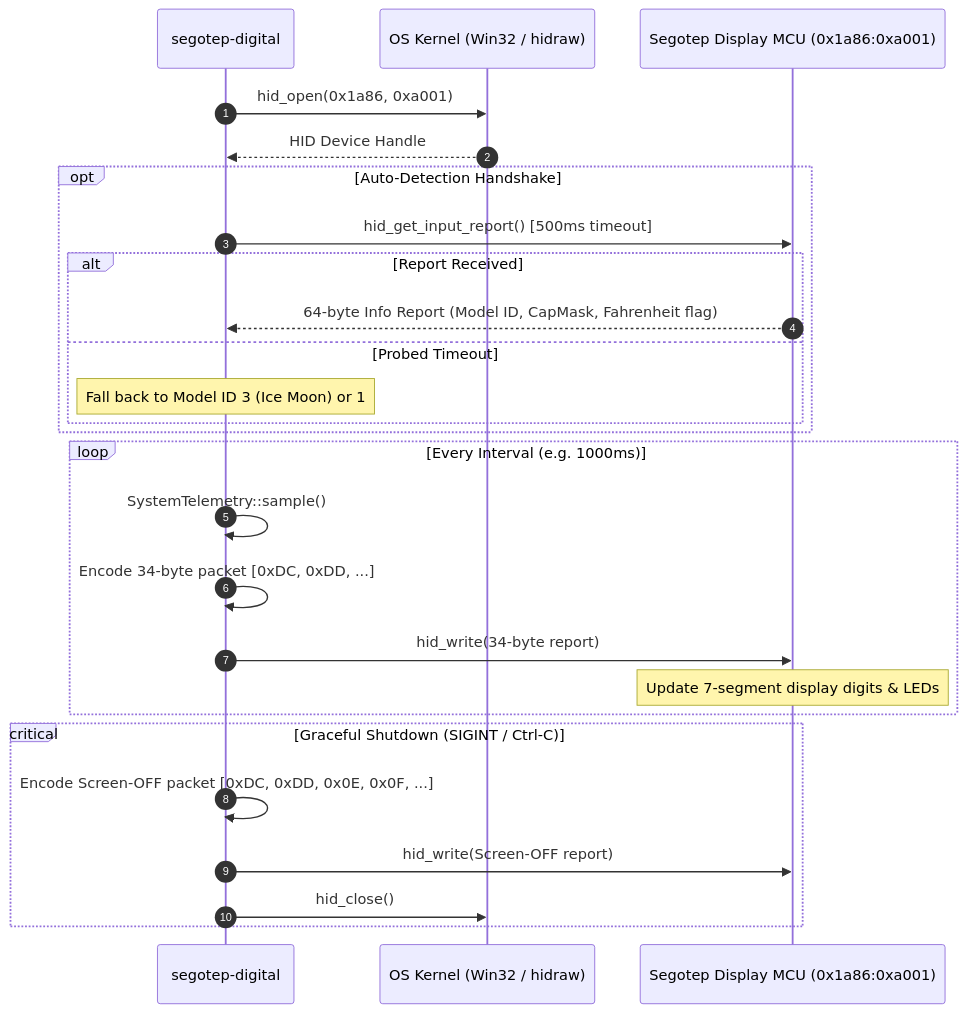
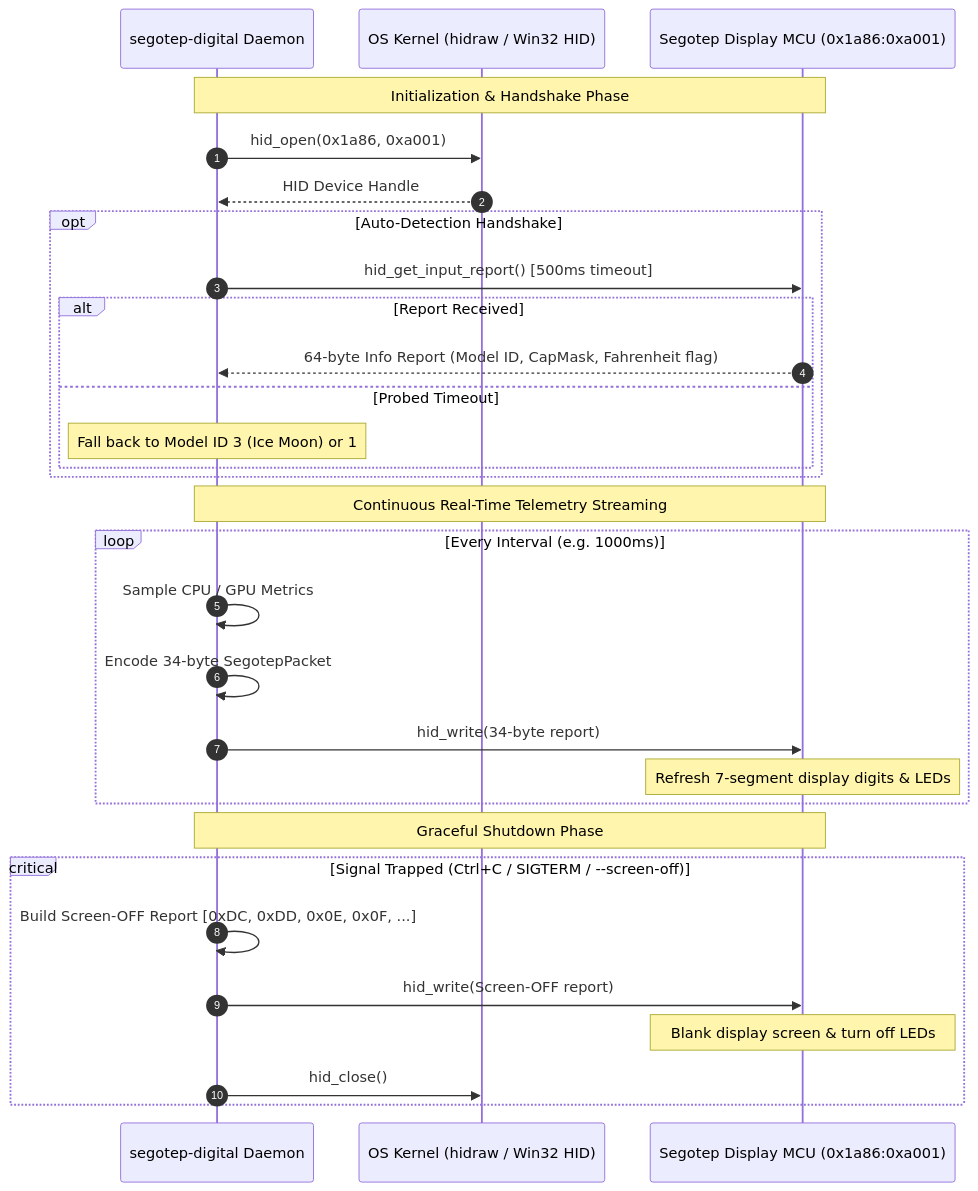
The third of 6 diagrams in ARCHITECTURE.md (Delnegend/segotep-digital), drawn with Mermaid before and after one commit. The commit also changed other lines of this file, not shown here.

Commit message:
docs: enrich ARCHITECTURE.md diagrams with detailed text descriptions

````diff
--- a/ARCHITECTURE.md
+++ b/ARCHITECTURE.md
@@ -69,32 +83,36 @@
 ```mermaid
 sequenceDiagram
     autonumber
-    participant App as segotep-digital
-    participant OS as OS Kernel (Win32 / hidraw)
+    participant App as segotep-digital Daemon
+    participant OS as OS Kernel (hidraw / Win32 HID)
     participant MCU as Segotep Display MCU (0x1a86:0xa001)
 
+    Note over App,MCU: Initialization & Handshake Phase
     App->>OS: hid_open(0x1a86, 0xa001)
     OS-->>App: HID Device Handle
 
     opt Auto-Detection Handshake
         App->>MCU: hid_get_input_report() [500ms timeout]
         alt Report Received
             MCU-->>App: 64-byte Info Report (Model ID, CapMask, Fahrenheit flag)
         else Probed Timeout
             Note over App: Fall back to Model ID 3 (Ice Moon) or 1
         end
     end
 
+    Note over App,MCU: Continuous Real-Time Telemetry Streaming
     loop Every Interval (e.g. 1000ms)
-        App->>App: SystemTelemetry::sample()
-        App->>App: Encode 34-byte packet [0xDC, 0xDD, ...]
+        App->>App: Sample CPU / GPU Metrics
+        App->>App: Encode 34-byte SegotepPacket
         App->>MCU: hid_write(34-byte report)
-        Note over MCU: Update 7-segment display digits & LEDs
+        Note over MCU: Refresh 7-segment display digits & LEDs
     end
 
-    critical Graceful Shutdown (SIGINT / Ctrl-C)
-        App->>App: Encode Screen-OFF packet [0xDC, 0xDD, 0x0E, 0x0F, ...]
+    Note over App,MCU: Graceful Shutdown Phase
+    critical Signal Trapped (Ctrl+C / SIGTERM / --screen-off)
+        App->>App: Build Screen-OFF Report [0xDC, 0xDD, 0x0E, 0x0F, ...]
         App->>MCU: hid_write(Screen-OFF report)
+        Note over MCU: Blank display screen & turn off LEDs
         App->>OS: hid_close()
     end
 ```
````
